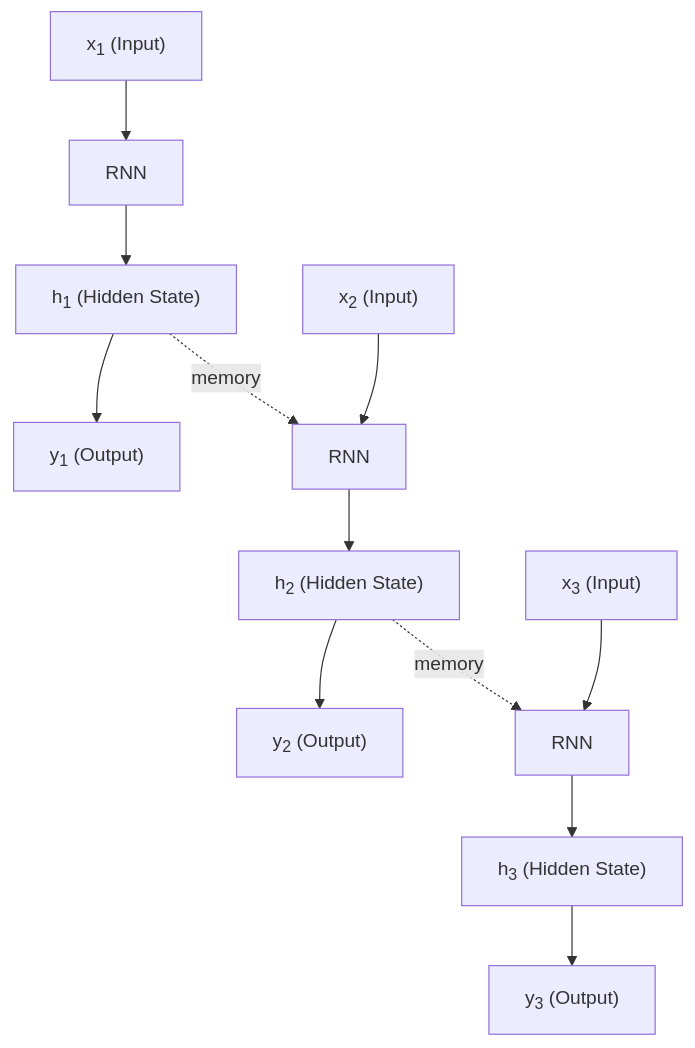
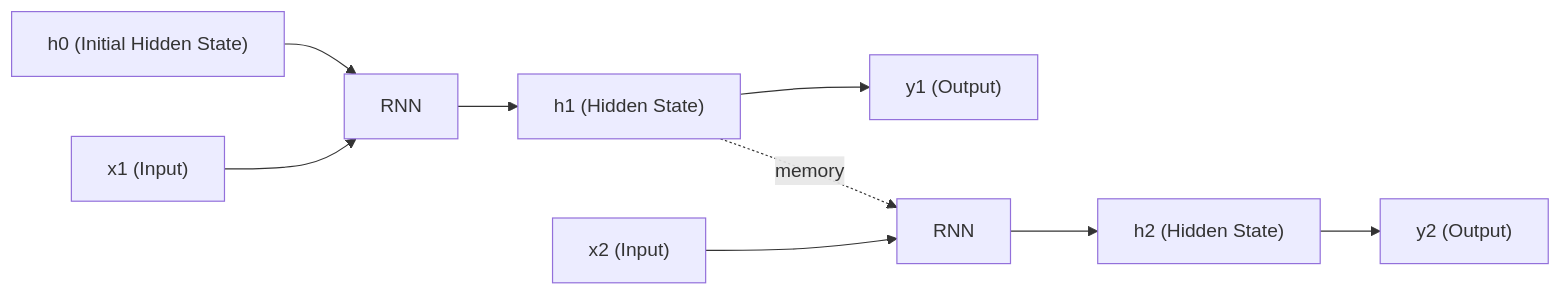
One commit to shreedharn/transformers changed the second of 4 diagrams in rnn_intro.md. Above: the diagram before and after it, drawn with Mermaid. The commit also changed other lines of this file, not shown here.

Commit message:
Improved rnn_intro

````diff
--- a/rnn_intro.md
+++ b/rnn_intro.md
@@ -106,16 +106,25 @@
 ```mermaid
-graph TD
-  A["x<sub>1</sub> (Input)"] --> B["RNN"]
-  B --> C["h<sub>1</sub> (Hidden State)"]
-  C --> D["y<sub>1</sub> (Output)"]
+graph LR
+    x0["h0 (Initial Hidden State)"]
+    x1["x1 (Input)"]
+    rnn1["RNN"]
+    h1["h1 (Hidden State)"]
+    y1["y1 (Output)"]
 
-  E["x<sub>2</sub> (Input)"] --> F["RNN"]
-  C -.->|"memory"| F
-  F --> G["h<sub>2</sub> (Hidden State)"]
-  G --> H["y<sub>2</sub> (Output)"]
+    x2["x2 (Input)"]
+    rnn2["RNN"]
+    h2["h2 (Hidden State)"]
+    y2["y2 (Output)"]
 
-  I["x<sub>3</sub> (Input)"] --> J["RNN"]
-  G -.->|"memory"| J
-  J --> K["h<sub>3</sub> (Hidden State)"]
-  K --> L["y<sub>3</sub> (Output)"]
+    %% Connections
+    x0 --> rnn1
+    x1 --> rnn1
+    rnn1 --> h1
+    h1 --> y1
+
+    h1 -. memory .-> rnn2
+    x2 --> rnn2
+    rnn2 --> h2
+    h2 --> y2
+
 ```
````
